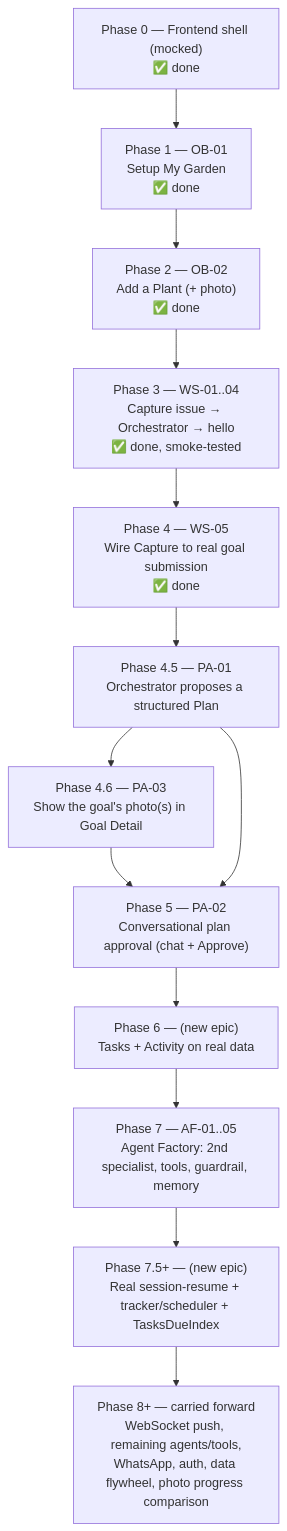
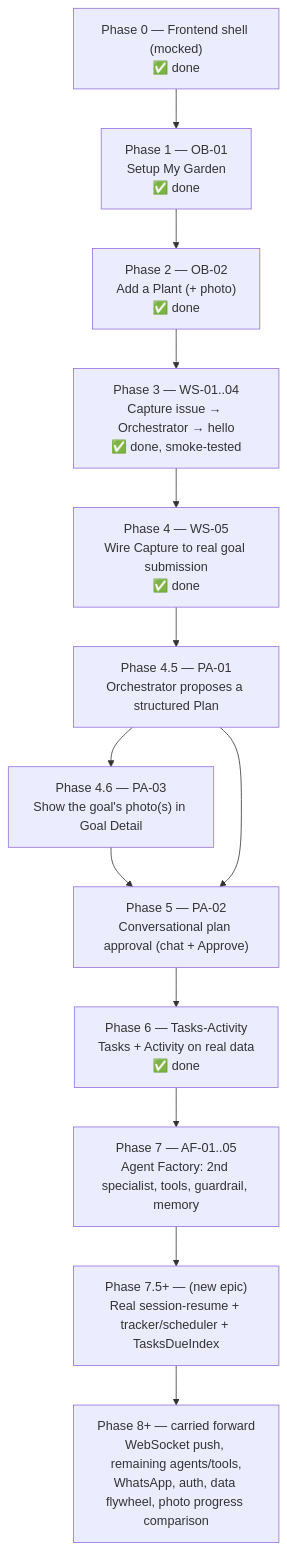
Before and after one commit to prashant-baj/tendril: the diagram in docs/roadmap.md, drawn with Mermaid. The commit also changed other lines of this file and 60 other files, not shown here.

````diff
--- a/docs/roadmap.md
+++ b/docs/roadmap.md
@@ -34,16 +34,16 @@
 ```mermaid
 flowchart TD
   P0["Phase 0 — Frontend shell (mocked)<br/>✅ done"] --> P1
   P1["Phase 1 — OB-01<br/>Setup My Garden<br/>✅ done"] --> P2
   P2["Phase 2 — OB-02<br/>Add a Plant (+ photo)<br/>✅ done"] --> P3
   P3["Phase 3 — WS-01..04<br/>Capture issue → Orchestrator → hello<br/>✅ done, smoke-tested"] --> P4
   P4["Phase 4 — WS-05<br/>Wire Capture to real goal submission<br/>✅ done"] --> P45
   P45["Phase 4.5 — PA-01<br/>Orchestrator proposes a structured Plan"] --> P46
   P46["Phase 4.6 — PA-03<br/>Show the goal's photo(s) in Goal Detail"] --> P5
   P45 --> P5
   P5["Phase 5 — PA-02<br/>Conversational plan approval (chat + Approve)"] --> P6
-  P6["Phase 6 — (new epic)<br/>Tasks + Activity on real data"] --> P7
+  P6["Phase 6 — Tasks-Activity<br/>Tasks + Activity on real data<br/>✅ done"] --> P7
   P7["Phase 7 — AF-01..05<br/>Agent Factory: 2nd specialist, tools, guardrail, memory"] --> P75
   P75["Phase 7.5+ — (new epic)<br/>Real session-resume + tracker/scheduler + TasksDueIndex"] --> P8
   P8["Phase 8+ — carried forward<br/>WebSocket push, remaining agents/tools,<br/>WhatsApp, auth, data flywheel, photo progress comparison"]
 ```
````
